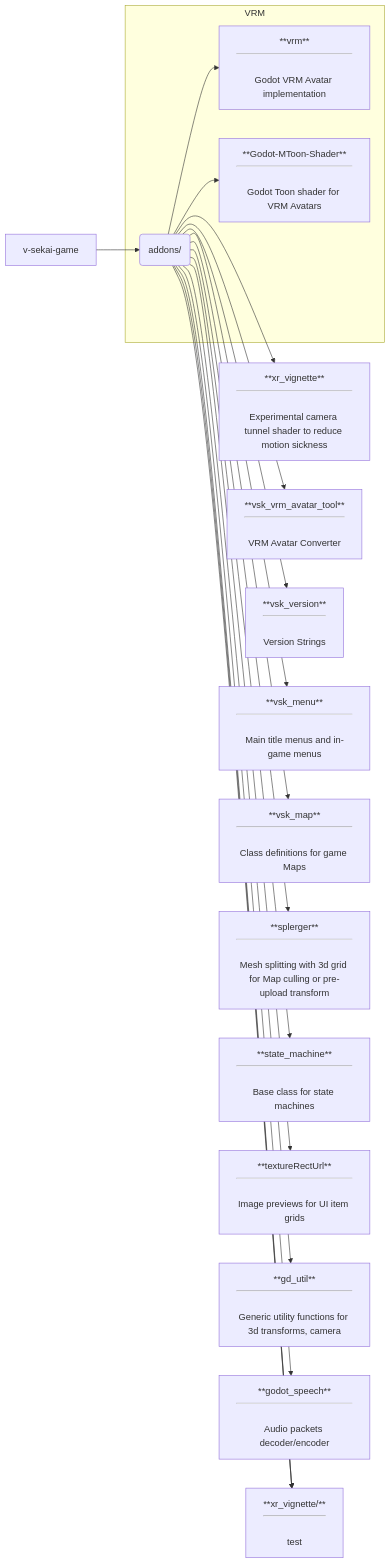
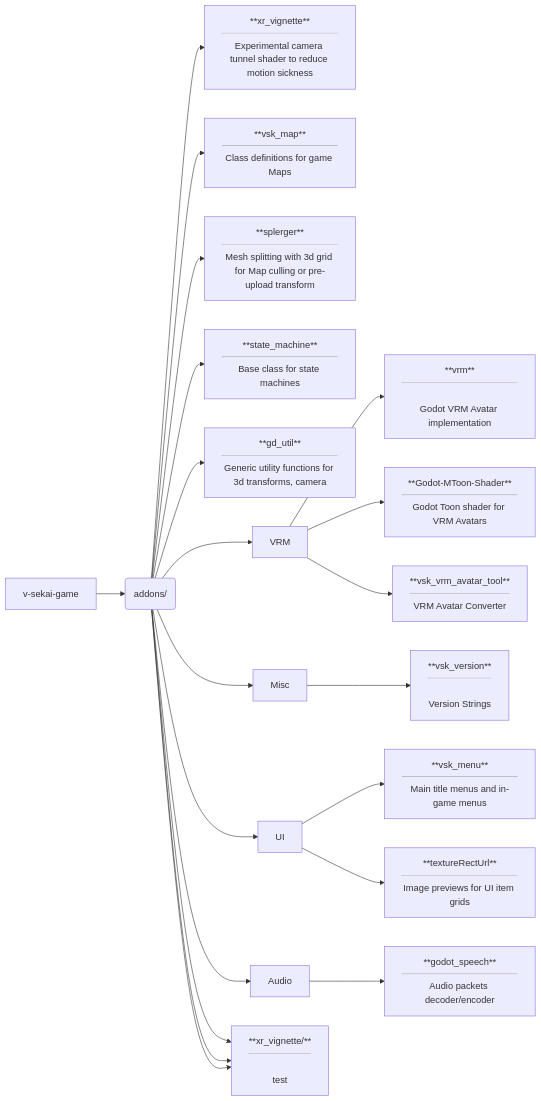
Before and after one commit to dragonhunt02/v-sekai-game: the first of 3 diagrams in test.md, drawn with Mermaid. The commit also changed other lines of this file, not shown here.

````diff
--- a/test.md
+++ b/test.md
@@ -1,22 +1,24 @@
 ```mermaid
 flowchart LR
     A[v-sekai-game] --> B(addons/)
-    B --> addon0[**xr_vignette**<hr></br>Experimental camera tunnel shader to reduce motion sickness]
-    B --> addon1[**vsk_vrm_avatar_tool**<hr></br>VRM Avatar Converter]
-    B --> addon2[**vsk_version**<hr></br>Version Strings]
-    B --> addon3[**vsk_menu**<hr></br>Main title menus and in-game menus]
-    B --> addon4[**vsk_map**<hr></br>Class definitions for game Maps]
-    B --> addon5[**splerger**<hr></br>Mesh splitting with 3d grid for Map culling or pre-upload transform]
-    B --> addon6[**state_machine**<hr></br>Base class for state machines]
-    B --> addon7[**textureRectUrl**<hr></br>Image previews for UI item grids]
-    B --> addon8[**gd_util**<hr></br>Generic utility functions for 3d transforms, camera]
-    B --> addon9[**godot_speech**<hr></br>Audio packets decoder/encoder]
-    subgraph VRM
-    B --> addon10[**vrm**<hr></br>Godot VRM Avatar implementation]
-    B --> addon11[**Godot-MToon-Shader**<hr></br>Godot Toon shader for VRM Avatars]
-    end
+    B --> addon0[**xr_vignette**<hr>Experimental camera tunnel shader to reduce motion sickness]
+    B --> addon4[**vsk_map**<hr>Class definitions for game Maps]
+    B --> addon5[**splerger**<hr>Mesh splitting with 3d grid for Map culling or pre-upload transform]
+    B --> addon6[**state_machine**<hr>Base class for state machines]
+    B --> addon8[**gd_util**<hr>Generic utility functions for 3d transforms, camera]
+    B --> VRM
+    VRM --> addon10[**vrm**<hr></br>Godot VRM Avatar implementation]
+    VRM --> addon11[**Godot-MToon-Shader**<hr>Godot Toon shader for VRM Avatars]
+    VRM --> addon1[**vsk_vrm_avatar_tool**<hr>VRM Avatar Converter]
+    B --> Misc
+    Misc --> addon2[**vsk_version**<hr></br>Version Strings]
+    B --> UI
+    UI --> addon3[**vsk_menu**<hr>Main title menus and in-game menus]
+    UI --> addon7[**textureRectUrl**<hr>Image previews for UI item grids]
+    B --> Audio
+    Audio --> addon9[**godot_speech**<hr>Audio packets decoder/encoder]
     B --> addon[**xr_vignette/**<hr></br>test]
     B --> addon[**xr_vignette/**<hr></br>test]
     B --> addon[**xr_vignette/**<hr></br>test]
 
 ```
````
